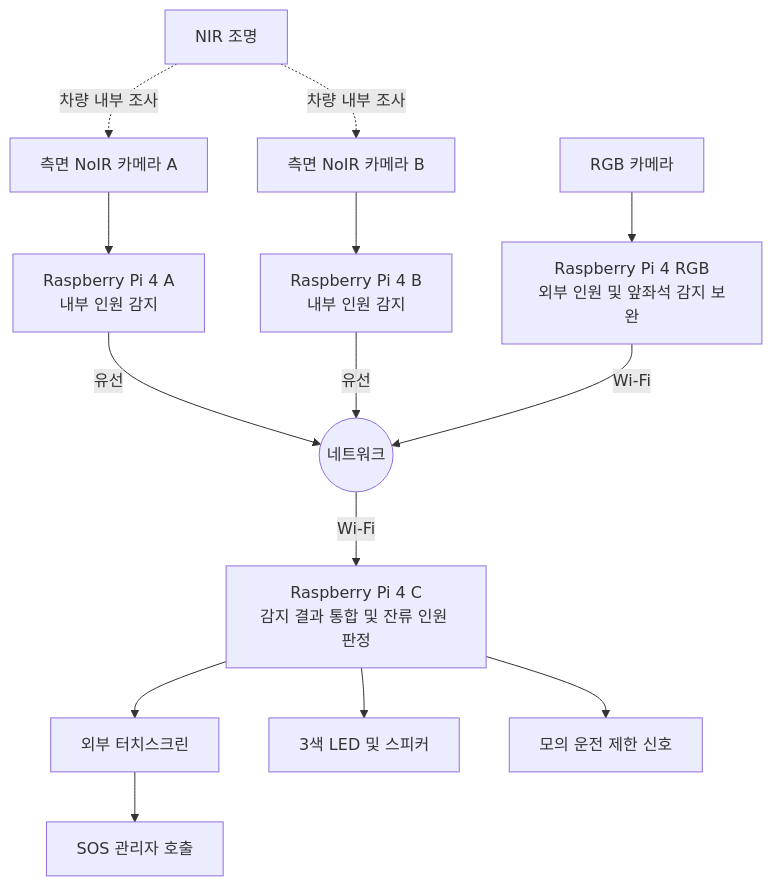
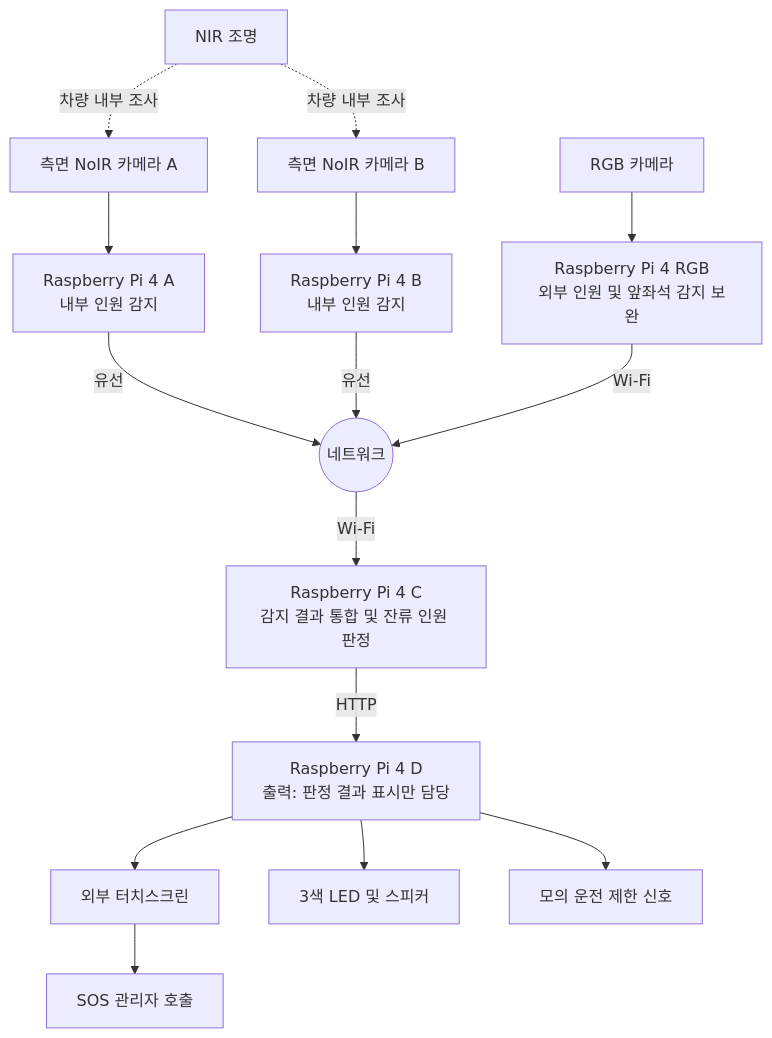
One commit to Hyundai-AI/parking-occupant-detection changed the diagram in README.md. Above: the diagram before and after it, drawn with Mermaid. The commit also changed other lines of this file and 6 other files, not shown here.

````diff
--- a/README.md
+++ b/README.md
@@ -40,16 +40,17 @@
 ```mermaid
 flowchart TD
     A[측면 NoIR 카메라 A] --> C[Raspberry Pi 4 A<br/>내부 인원 감지]
     B[측면 NoIR 카메라 B] --> D[Raspberry Pi 4 B<br/>내부 인원 감지]
     L[NIR 조명] -. 차량 내부 조사 .-> A
     L -. 차량 내부 조사 .-> B
     E[RGB 카메라] --> F[Raspberry Pi 4 RGB<br/>외부 인원 및 앞좌석 감지 보완]
     C -- 유선 --> N((네트워크))
     D -- 유선 --> N
     F -- Wi-Fi --> N
     N -- Wi-Fi --> G[Raspberry Pi 4 C<br/>감지 결과 통합 및 잔류 인원 판정]
-    G --> H[외부 터치스크린]
-    G --> I[3색 LED 및 스피커]
-    G --> J[모의 운전 제한 신호]
+    G -- HTTP --> O[Raspberry Pi 4 D<br/>출력: 판정 결과 표시만 담당]
+    O --> H[외부 터치스크린]
+    O --> I[3색 LED 및 스피커]
+    O --> J[모의 운전 제한 신호]
     H --> K[SOS 관리자 호출]
 ```
````
